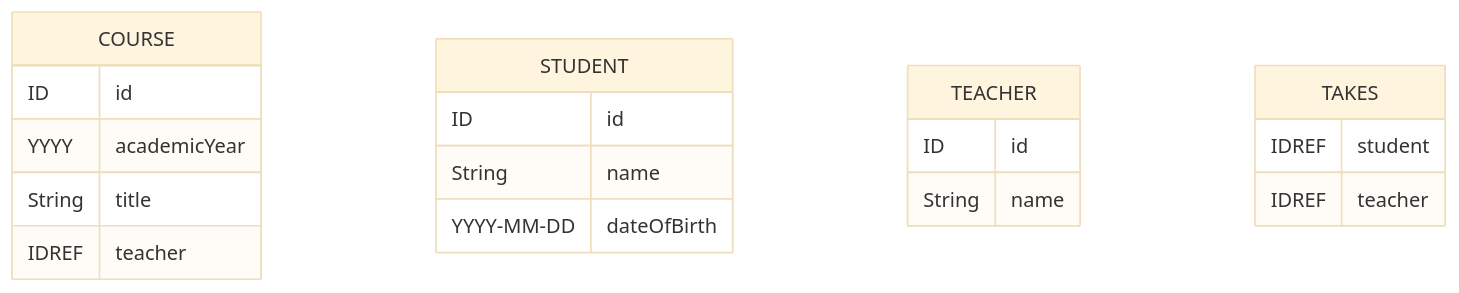
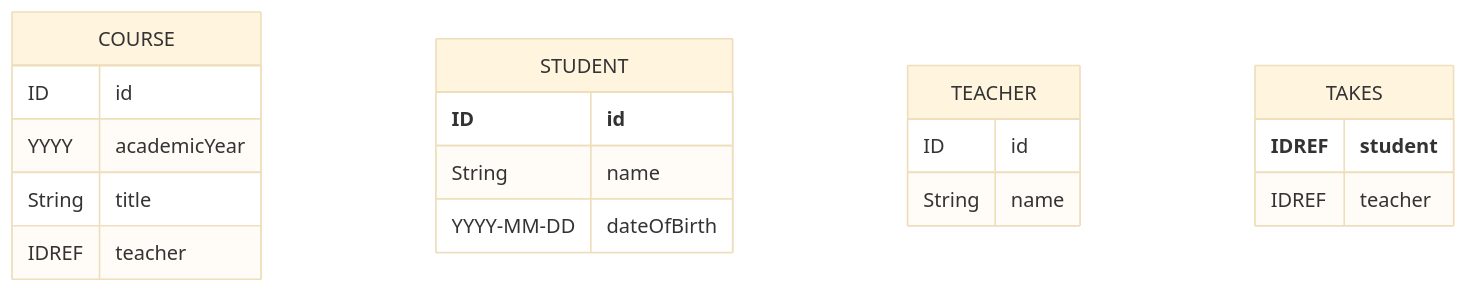
Before and after one commit to conmaol/maglocunus: the seventh of 8 diagrams in d/data_models.md, drawn with Mermaid (base theme). The commit also changed other lines of this file, not shown here.

````diff
--- a/d/data_models.md
+++ b/d/data_models.md
@@ -320,22 +320,22 @@
 ```mermaid
 erDiagram
     COURSE {
       ID id
       YYYY academicYear
       String title
       IDREF teacher
     }
     STUDENT {
-        ID id
+        **ID** **id**
         String name
         YYYY-MM-DD dateOfBirth
     }
     TEACHER {
         ID id
         String name
     }
     TAKES {
-      IDREF student
+      **IDREF** **student**
       IDREF teacher
     }
 ```
````
